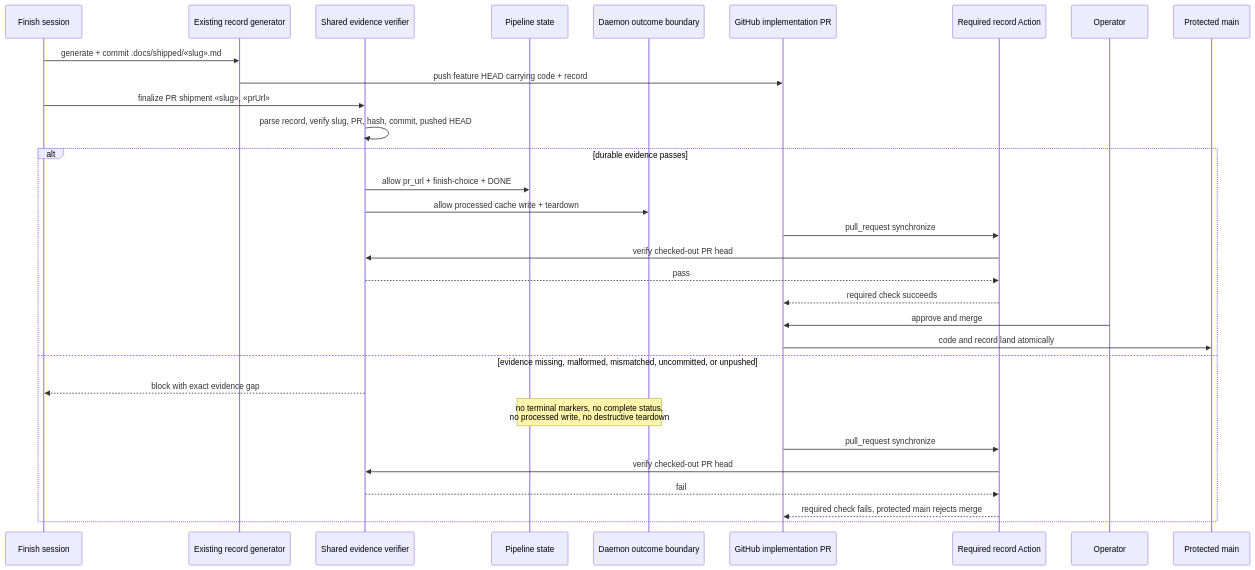
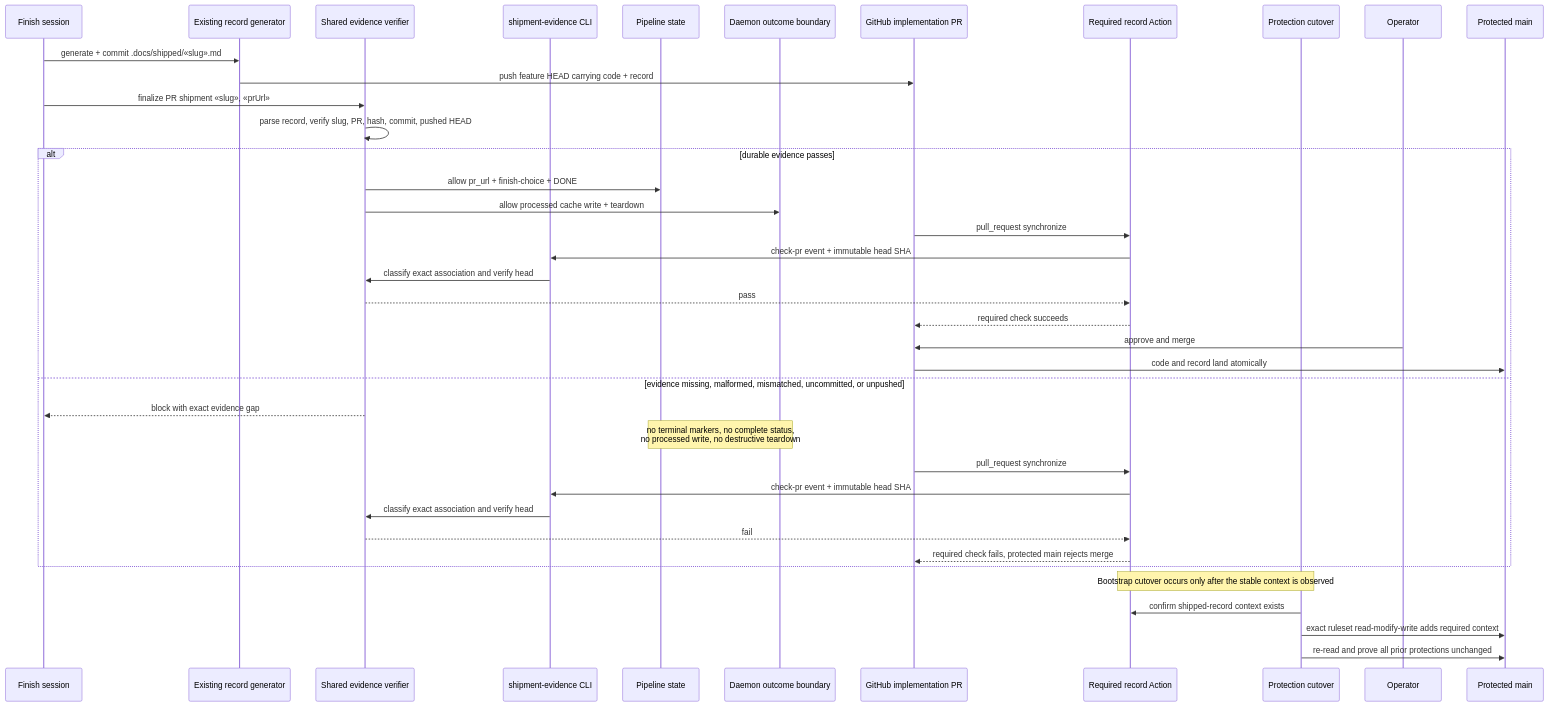
The diagram in .docs/architecture/sequences/durable-shipped-record-enforcement-916-936.md (jstoup111/ai-conductor), drawn with Mermaid before and after one commit. The commit also changed other lines of this file and 3 other files, not shown here.

Commit message:
docs: approve durable shipment evidence plan

````diff
--- a/.docs/architecture/sequences/durable-shipped-record-enforcement-916-936.md
+++ b/.docs/architecture/sequences/durable-shipped-record-enforcement-916-936.md
@@ -9,34 +9,43 @@
 ```mermaid
 sequenceDiagram
   participant F as Finish session
   participant R as Existing record generator
   participant V as Shared evidence verifier
+  participant C as shipment-evidence CLI
   participant S as Pipeline state
   participant D as Daemon outcome boundary
   participant PR as GitHub implementation PR
   participant A as Required record Action
+  participant X as Protection cutover
   participant O as Operator
   participant M as Protected main
 
   F->>R: generate + commit .docs/shipped/«slug».md
   R->>PR: push feature HEAD carrying code + record
   F->>V: finalize PR shipment «slug», «prUrl»
   V->>V: parse record, verify slug, PR, hash, commit, pushed HEAD
   alt durable evidence passes
     V->>S: allow pr_url + finish-choice + DONE
     V->>D: allow processed cache write + teardown
     PR->>A: pull_request synchronize
-    A->>V: verify checked-out PR head
+    A->>C: check-pr event + immutable head SHA
+    C->>V: classify exact association and verify head
     V-->>A: pass
     A-->>PR: required check succeeds
     O->>PR: approve and merge
     PR->>M: code and record land atomically
   else evidence missing, malformed, mismatched, uncommitted, or unpushed
     V-->>F: block with exact evidence gap
     Note over S,D: no terminal markers, no complete status,<br/>no processed write, no destructive teardown
     PR->>A: pull_request synchronize
-    A->>V: verify checked-out PR head
+    A->>C: check-pr event + immutable head SHA
+    C->>V: classify exact association and verify head
     V-->>A: fail
     A-->>PR: required check fails, protected main rejects merge
   end
+
+  Note over A,X: Bootstrap cutover occurs only after the stable context is observed
+  X->>A: confirm shipped-record context exists
+  X->>M: exact ruleset read-modify-write adds required context
+  X->>M: re-read and prove all prior protections unchanged
 ```
````
